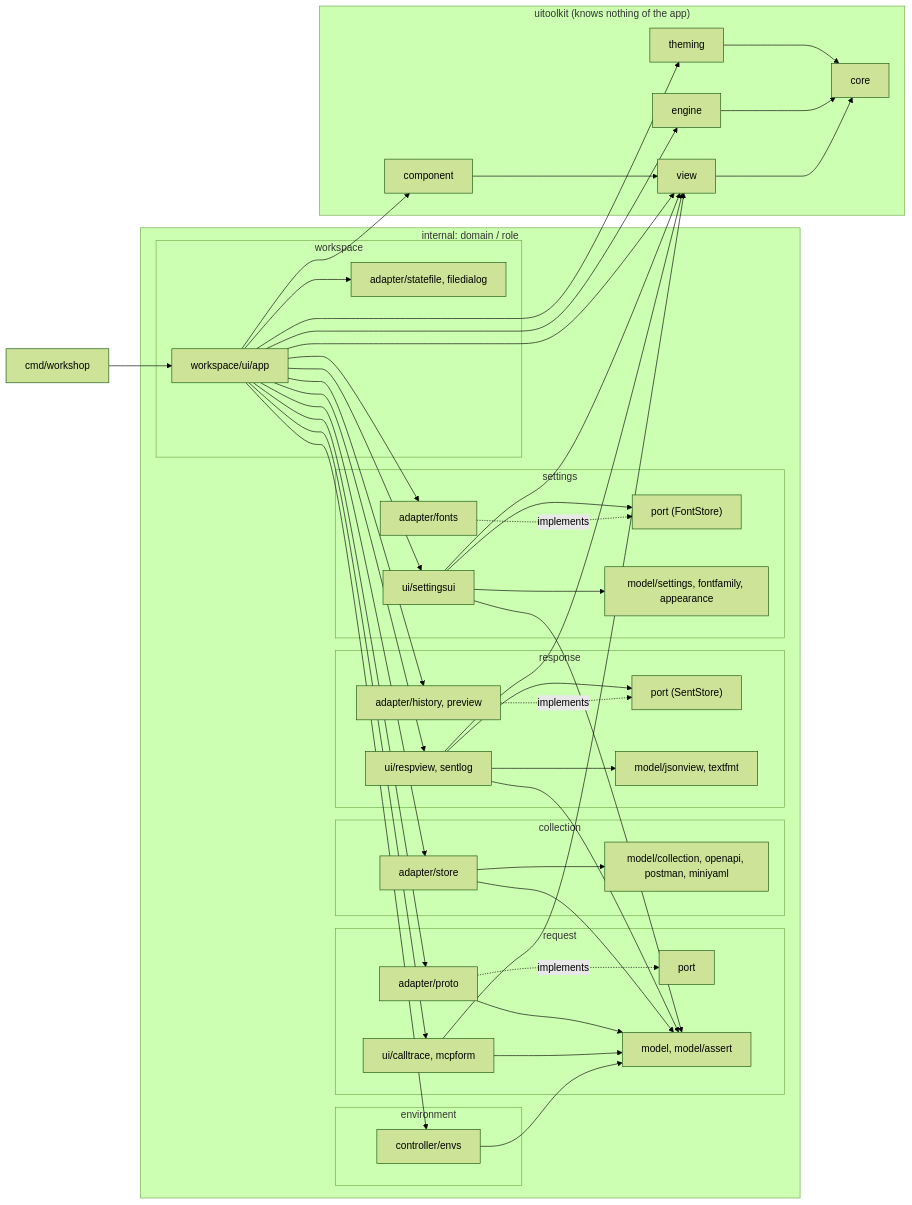
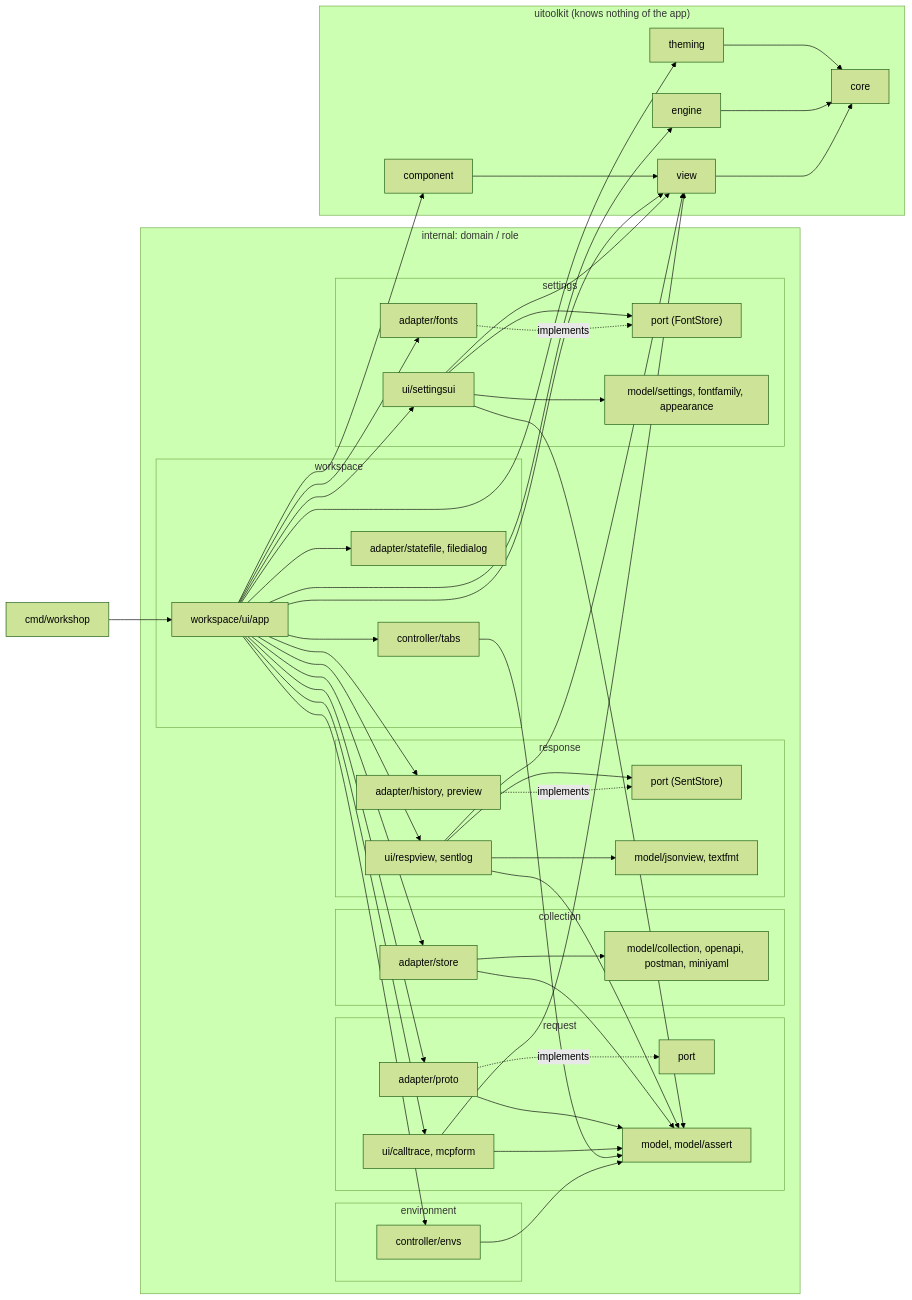
The diagram in .harness/architecture.md (gascoigne-ai/gascoigne-workshop), drawn with Mermaid (forest theme) before and after one commit. The commit also changed other lines of this file and 39 other files, not shown here.

First line of the commit message:
refactor(workspace): request, saved copy and sending move to controller/tabs

````diff
--- a/.harness/architecture.md
+++ b/.harness/architecture.md
@@ -5,55 +5,56 @@
 ```mermaid
 flowchart LR
   cmd["cmd/workshop"] --> app["workspace/ui/app"]
   subgraph domains["internal: domain / role"]
     subgraph request
       rui["ui/calltrace, mcpform"]
       rad["adapter/proto"]
       rport["port"]
       rmod["model, model/assert"]
     end
     subgraph collection
       cad["adapter/store"]
       cmod["model/collection, openapi, postman, miniyaml"]
     end
     subgraph response
       sui["ui/respview, sentlog"]
       sport["port (SentStore)"]
       sad["adapter/history, preview"]
       smod["model/jsonview, textfmt"]
     end
     subgraph settings
       tui["ui/settingsui"]
       tport["port (FontStore)"]
       tad["adapter/fonts"]
       tmod["model/settings, fontfamily, appearance"]
     end
     subgraph environment
       ectl["controller/envs"]
     end
     subgraph workspace
       app
+      wctl["controller/tabs"]
       wad["adapter/statefile, filedialog"]
     end
   end
-  app --> ectl
-  ectl --> rmod
+  app --> ectl & wctl
+  ectl & wctl --> rmod
   app --> rui & rad & cad & sui & sad & tui & tad & wad
   rui & rad & cad & sui & tui --> rmod
   rad -. implements .-> rport
   sad -. implements .-> sport
   sui --> sport
   tad -. implements .-> tport
   tui --> tport
   tui --> tmod
   cad --> cmod
   sui --> smod
   subgraph toolkit["uitoolkit (knows nothing of the app)"]
     component["component"] --> view["view"]
     view --> core["core"]
     engine["engine"] --> core
     theming["theming"] --> core
   end
   app --> component & view & engine & theming
   rui & sui & tui --> view
 ```
````
